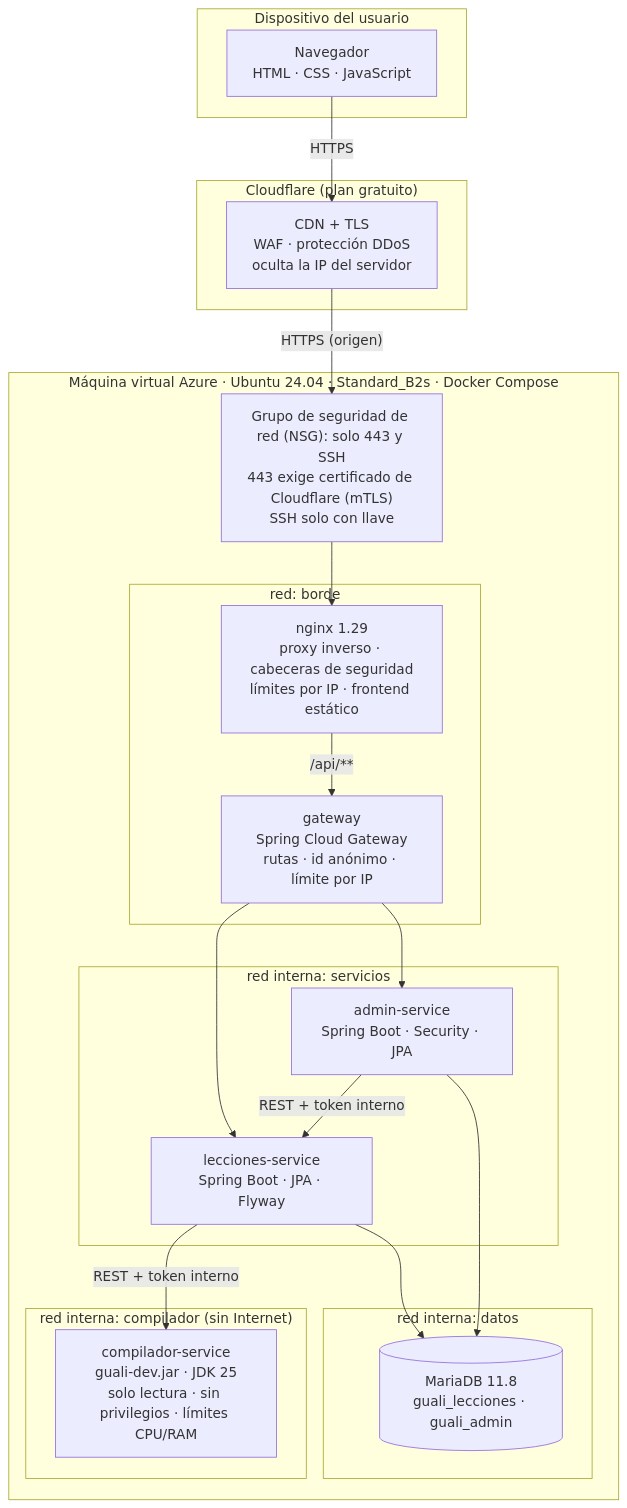
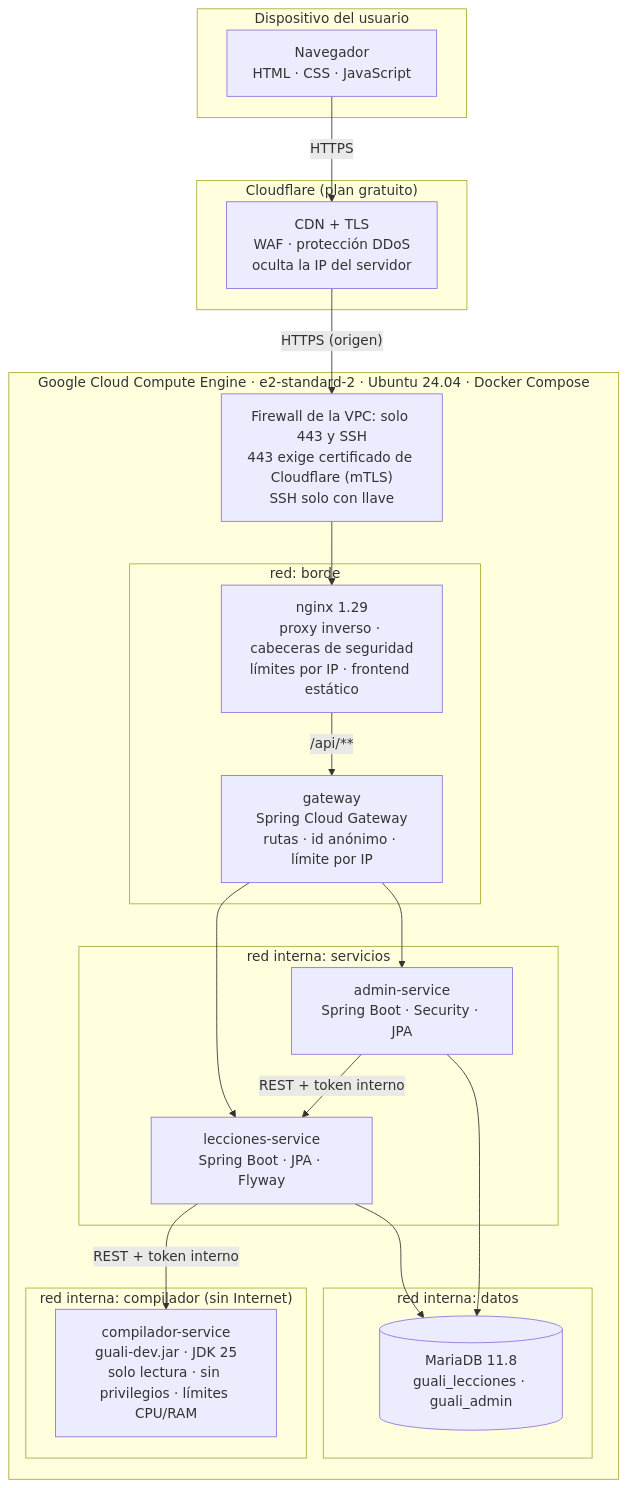
Before and after one commit to AlexGuamuch/GUALI_DEV_ALEX_GUAMUCH: the second of 2 diagrams in docs/diagramas.md, drawn with Mermaid. The commit also changed 2 other files, not shown here.

Commit message:
Desplegar en Google Cloud Compute Engine
Azure for Students no permitía ningún tamaño de VM adecuado
(NotAvailableForSubscription), así que el servidor pasa a una VM de Google
Cloud con la prueba gratuita: e2-standard-2 en us-central1, Ubuntu 24.04,
Docker Compose detrás de Cloudflare. La guía explica cómo crear la VM con la
llave SSH, fijar la IP, el firewall de la VPC y la alerta de gasto. El
diagrama de despliegue y la decisión N17 documentan el cambio y por qué se
descartaron DigitalOcean, Azure y Hugging Face Spaces.

````diff
--- a/docs/diagramas.md
+++ b/docs/diagramas.md
@@ -73,38 +73,38 @@
 ```mermaid
 flowchart TB
     subgraph Cliente["Dispositivo del usuario"]
         B["Navegador<br/>HTML · CSS · JavaScript"]
     end
 
     subgraph CF["Cloudflare (plan gratuito)"]
         CDN["CDN + TLS<br/>WAF · protección DDoS<br/>oculta la IP del servidor"]
     end
 
-    subgraph VPS["Máquina virtual Azure · Ubuntu 24.04 · Standard_B2s · Docker Compose"]
-        FW["Grupo de seguridad de red (NSG): solo 443 y SSH<br/>443 exige certificado de Cloudflare (mTLS)<br/>SSH solo con llave"]
+    subgraph VPS["Google Cloud Compute Engine · e2-standard-2 · Ubuntu 24.04 · Docker Compose"]
+        FW["Firewall de la VPC: solo 443 y SSH<br/>443 exige certificado de Cloudflare (mTLS)<br/>SSH solo con llave"]
         subgraph borde["red: borde"]
             NG["nginx 1.29<br/>proxy inverso · cabeceras de seguridad<br/>límites por IP · frontend estático"]
             GW["gateway<br/>Spring Cloud Gateway<br/>rutas · id anónimo · límite por IP"]
         end
         subgraph servicios["red interna: servicios"]
             LS["lecciones-service<br/>Spring Boot · JPA · Flyway"]
             AS["admin-service<br/>Spring Boot · Security · JPA"]
         end
         subgraph compilador["red interna: compilador (sin Internet)"]
             CS["compilador-service<br/>guali-dev.jar · JDK 25<br/>solo lectura · sin privilegios · límites CPU/RAM"]
         end
         subgraph datos["red interna: datos"]
             DB[("MariaDB 11.8<br/>guali_lecciones · guali_admin")]
         end
     end
 
     B -- "HTTPS" --> CDN
     CDN -- "HTTPS (origen)" --> FW --> NG
     NG -- "/api/**" --> GW
     GW --> LS
     GW --> AS
     LS -- "REST + token interno" --> CS
     AS -- "REST + token interno" --> LS
     LS --> DB
     AS --> DB
 ```
````
